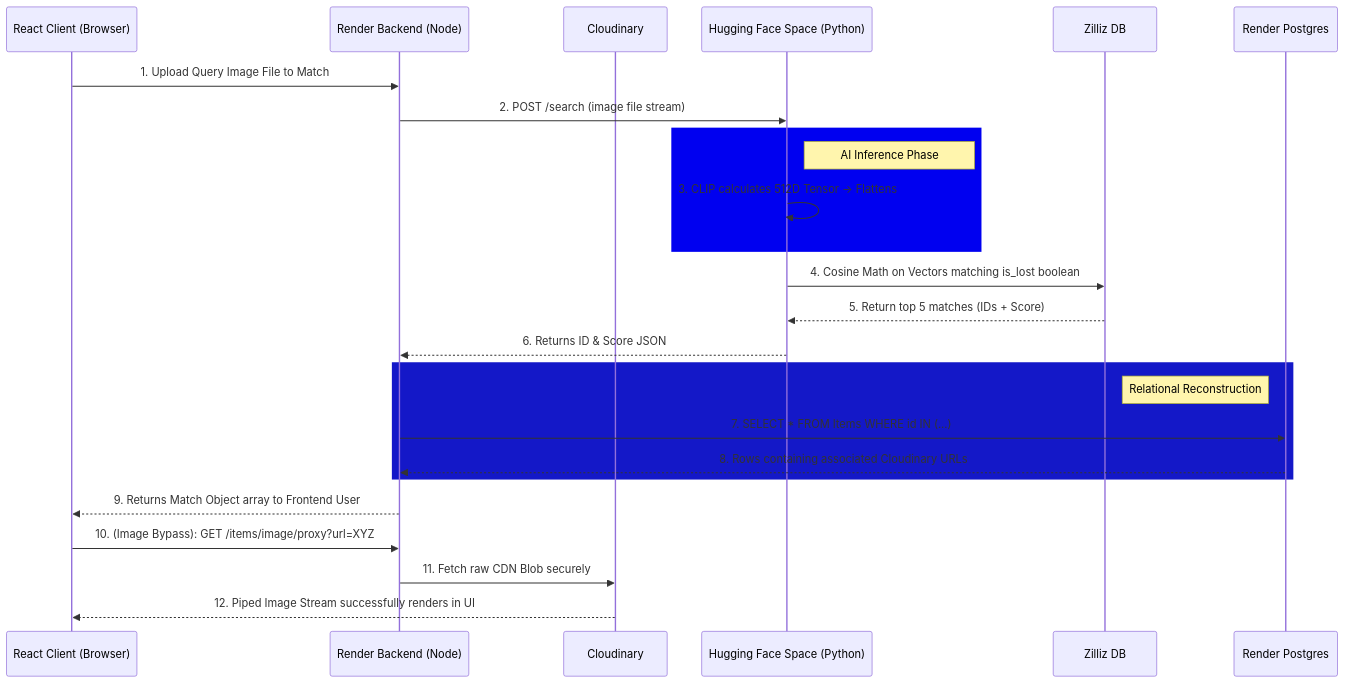
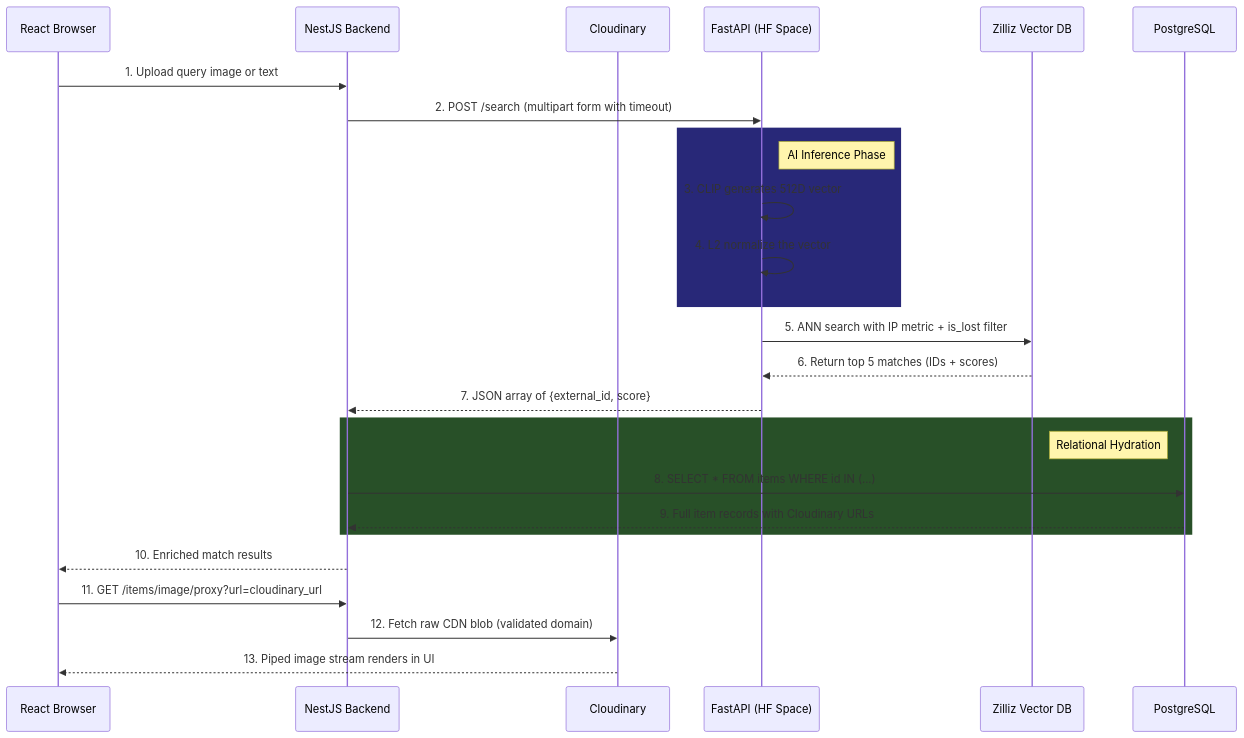
The second of 2 diagrams in README.md (ankit-372/universal-recovery-system), drawn with Mermaid before and after one commit. The commit also changed other lines of this file and 11 other files, not shown here.

````diff
--- a/README.md
+++ b/README.md
@@ -73,32 +252,33 @@
 ```mermaid
 sequenceDiagram
-    participant Client as React Client (Browser)
-    participant Nest as Render Backend (Node)
+    participant Client as React Browser
+    participant Nest as NestJS Backend
     participant Cloud as Cloudinary
-    participant Fast as Hugging Face Space (Python)
-    participant Zil as Zilliz DB
-    participant PG as Render Postgres
+    participant Fast as FastAPI (HF Space)
+    participant Zil as Zilliz Vector DB
+    participant PG as PostgreSQL
 
-    Client->>Nest: 1. Upload Query Image File to Match
-    Nest->>Fast: 2. POST /search (image file stream)
+    Client->>Nest: 1. Upload query image or text
+    Nest->>Fast: 2. POST /search (multipart form with timeout)
     
-    rect rgb(0, 0, 240)
+    rect rgb(40, 40, 120)
         Note right of Fast: AI Inference Phase
-        Fast->>Fast: 3. CLIP calculates 512D Tensor -> Flattens
+        Fast->>Fast: 3. CLIP generates 512D vector
+        Fast->>Fast: 4. L2 normalize the vector
     end
 
-    Fast->>Zil: 4. Cosine Math on Vectors matching is_lost boolean
-    Zil-->>Fast: 5. Return top 5 matches (IDs + Score)
-    Fast-->>Nest: 6. Returns ID & Score JSON
+    Fast->>Zil: 5. ANN search with IP metric + is_lost filter
+    Zil-->>Fast: 6. Return top 5 matches (IDs + scores)
+    Fast-->>Nest: 7. JSON array of {external_id, score}
     
-    rect rgb(20, 24, 200)
-        Note left of PG: Relational Reconstruction
-        Nest->>PG: 7. SELECT * FROM Items WHERE id IN (...)
-        PG-->>Nest: 8. Rows containing associated Cloudinary URLs
+    rect rgb(40, 80, 40)
+        Note left of PG: Relational Hydration
+        Nest->>PG: 8. SELECT * FROM items WHERE id IN (...)
+        PG-->>Nest: 9. Full item records with Cloudinary URLs
     end
-    
-    Nest-->>Client: 9. Returns Match Object array to Frontend User
-    Client->>Nest: 10. (Image Bypass): GET /items/image/proxy?url=XYZ
-    Nest->>Cloud: 11. Fetch raw CDN Blob securely
-    Cloud-->>Client: 12. Piped Image Stream successfully renders in UI
+
+    Nest-->>Client: 10. Enriched match results
+    Client->>Nest: 11. GET /items/image/proxy?url=cloudinary_url
+    Nest->>Cloud: 12. Fetch raw CDN blob (validated domain)
+    Cloud-->>Client: 13. Piped image stream renders in UI
 ```
````
